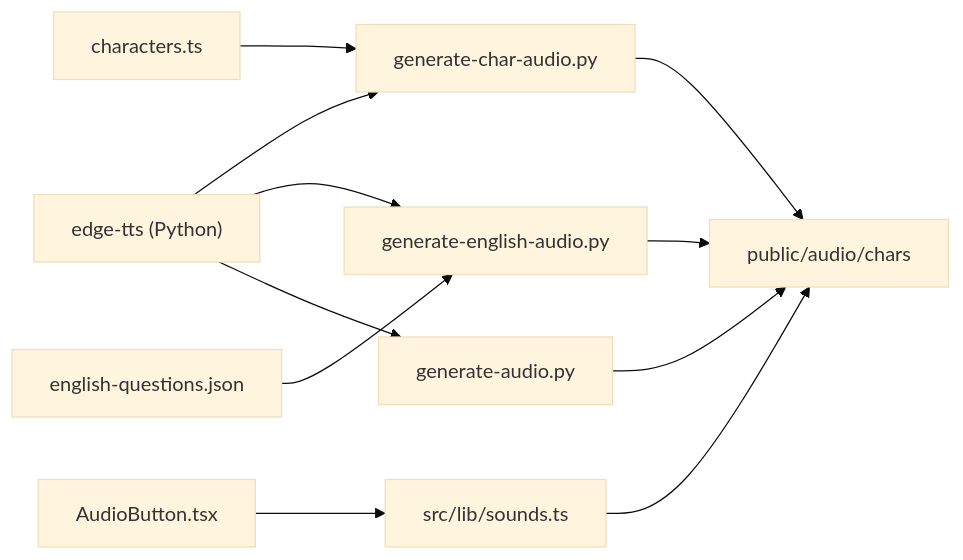
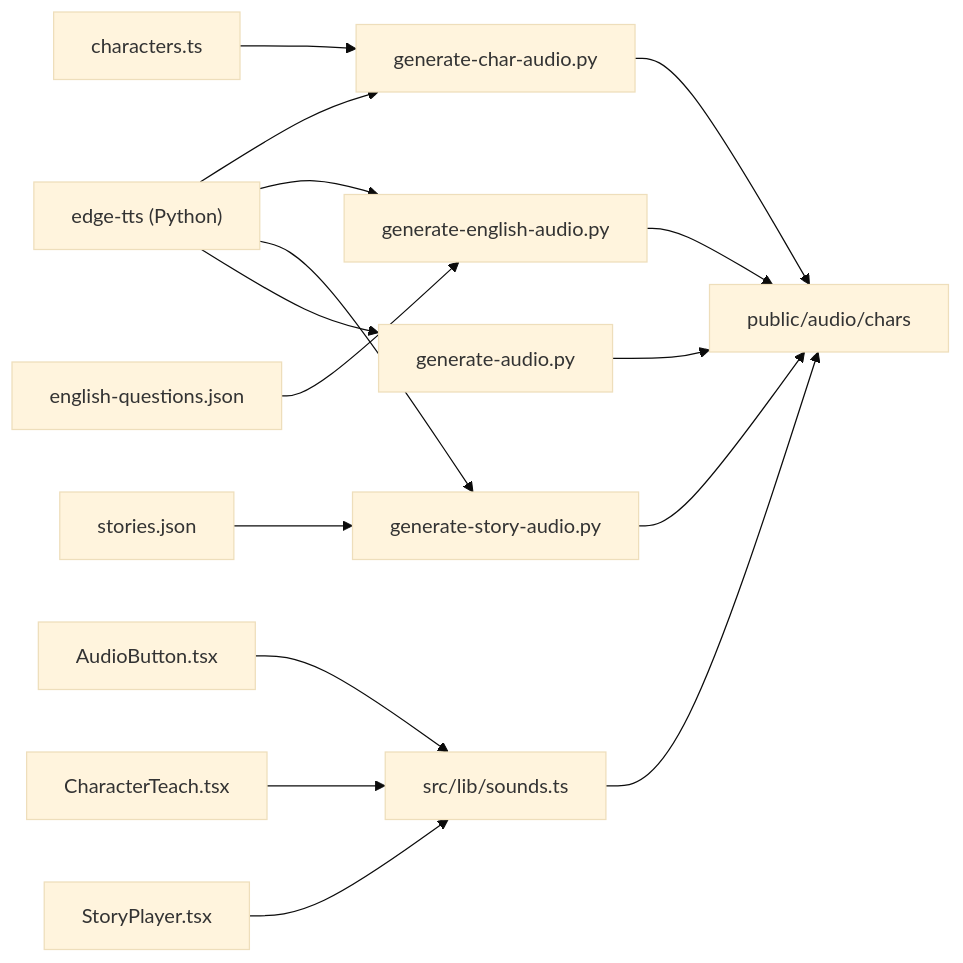
One commit to wudeng2005/rainbow-learning changed the tenth of 10 diagrams in .qoder/repowiki/zh/content/构建与部署/音频生成指南.md. Above: the diagram before and after it, drawn with Mermaid (base theme). The commit also changed other lines of this file and 58 other files, not shown here.

Commit message:
feat: UI优化与组件升级 - 新增DreamBackground梦幻背景组件 - 优化BottomNav、DailyComplete、Layout等组件样式 - 更新汉字/数学/英语学习页面交互体验 - 优化ProgressBar、OptionCard等通用组件 - 更新音频播放与数据库同步逻辑 - 新增封面图片资源 - 更新知识库文档

````diff
--- a/.qoder/repowiki/zh/content/构建与部署/音频生成指南.md
+++ b/.qoder/repowiki/zh/content/构建与部署/音频生成指南.md
@@ -316,13 +466,18 @@
 ```mermaid
 graph LR
 edge_tts["edge-tts (Python)"] --> GenChar["generate-char-audio.py"]
 edge_tts --> GenEn["generate-english-audio.py"]
+edge_tts --> GenStory["generate-story-audio.py"]
 edge_tts --> GenEnc["generate-audio.py"]
 characters_ts["characters.ts"] --> GenChar
 english_json["english-questions.json"] --> GenEn
+stories_json["stories.json"] --> GenStory
 GenChar --> PublicAudio["public/audio/chars"]
 GenEn --> PublicAudio
+GenStory --> PublicAudio
 GenEnc --> PublicAudio
 sounds_ts["src/lib/sounds.ts"] --> PublicAudio
 AudioButton["AudioButton.tsx"] --> sounds_ts
+CharacterTeach["CharacterTeach.tsx"] --> sounds_ts
+StoryPlayer["StoryPlayer.tsx"] --> sounds_ts
 ```
````
